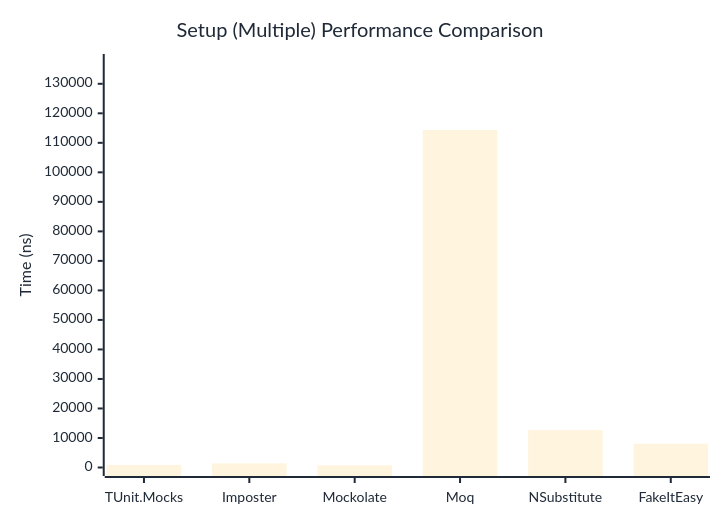
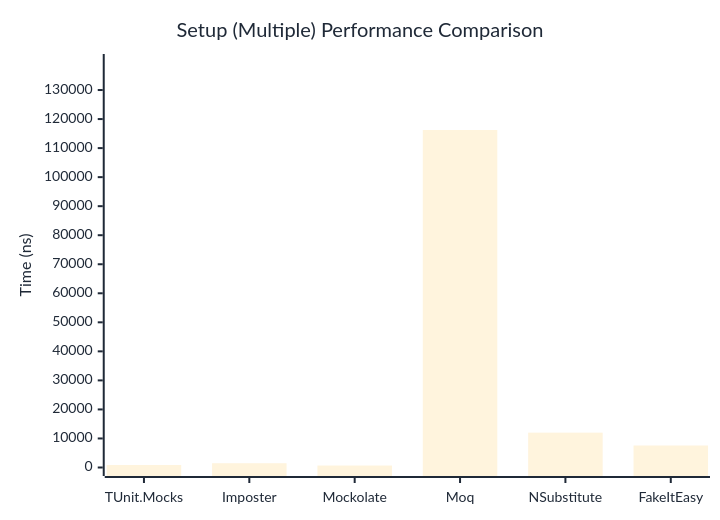
The second of 2 diagrams in docs/docs/benchmarks/mocks/Setup.md (thomhurst/TUnit), drawn with Mermaid before and after one commit. The commit also changed other lines of this file and 14 other files, not shown here.

````diff
--- a/docs/docs/benchmarks/mocks/Setup.md
+++ b/docs/docs/benchmarks/mocks/Setup.md
@@ -69,27 +69,27 @@
 ```mermaid
 %%{init: {
   'theme':'base',
   'themeVariables': {
     'primaryColor': '#2563eb',
     'primaryTextColor': '#1f2937',
     'primaryBorderColor': '#1e40af',
     'lineColor': '#6b7280',
     'secondaryColor': '#7c3aed',
     'tertiaryColor': '#dc2626',
     'background': '#ffffff',
     'pie1': '#2563eb',
     'pie2': '#7c3aed',
     'pie3': '#dc2626',
     'pie4': '#f59e0b',
     'pie5': '#10b981',
     'pie6': '#06b6d4',
     'pie7': '#ec4899',
     'pie8': '#6366f1'
   }
 }}%%
 xychart-beta
   title "Setup (Multiple) Performance Comparison"
   x-axis ["TUnit.Mocks", "Imposter", "Mockolate", "Moq", "NSubstitute", "FakeItEasy"]
-  y-axis "Time (ns)" 0 --> 137215
-  bar [827.4, 1400.4, 727.7, 114345.2, 12662, 8066.6]
+  y-axis "Time (ns)" 0 --> 139483
+  bar [853, 1472.1, 673.6, 116235.7, 12008.6, 7578.7]
 ```
````
